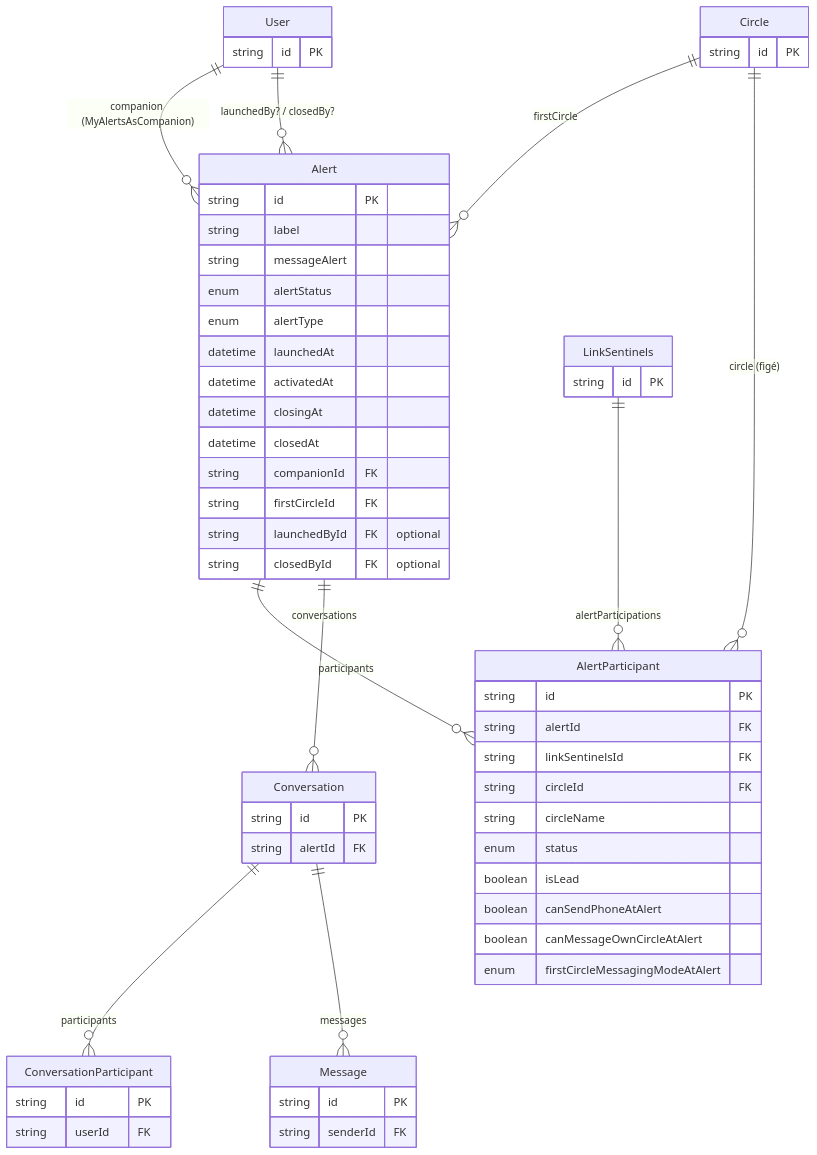
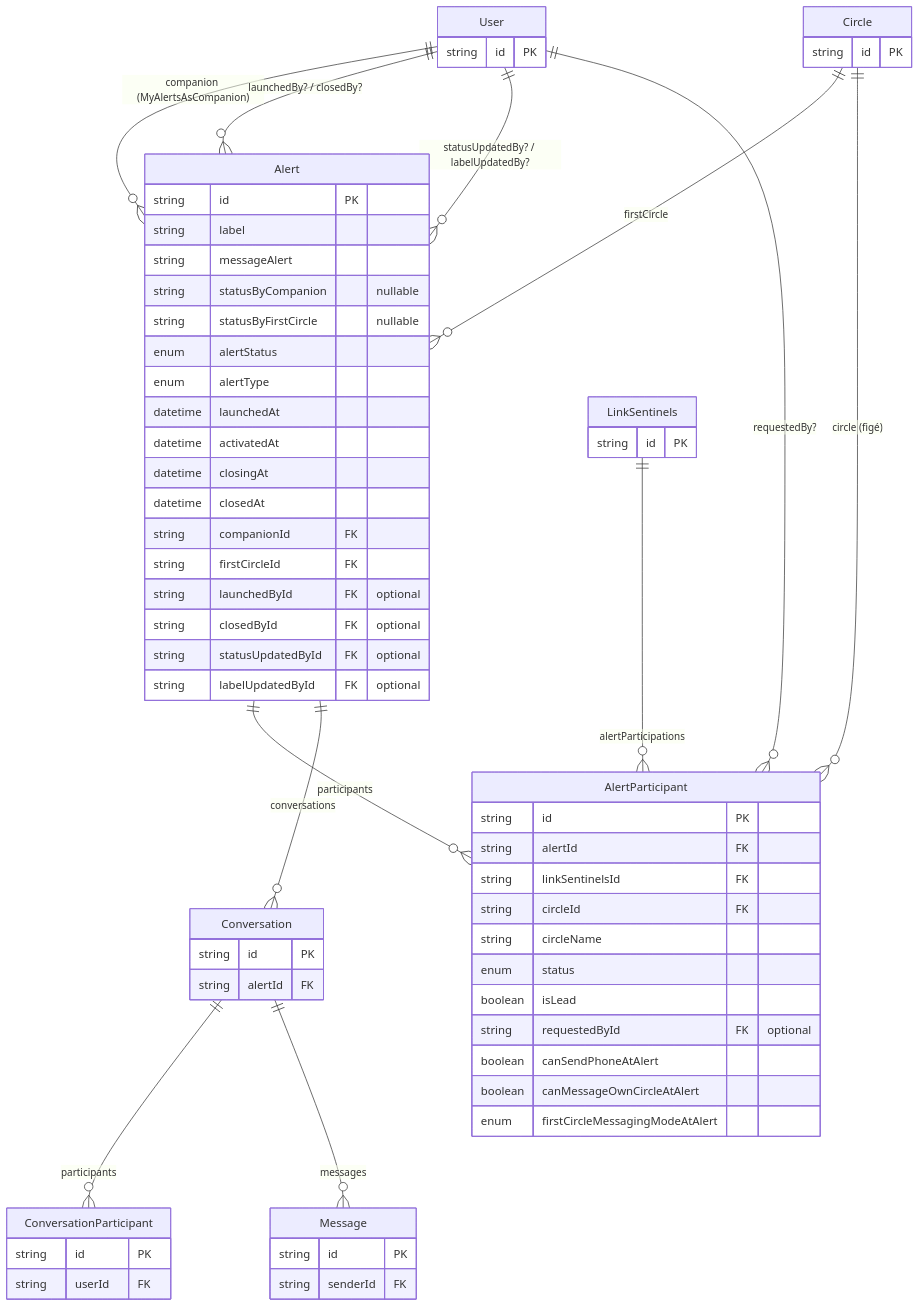
Before and after one commit to Sylvfo/MySentinelCircle: the fifth of 5 diagrams in backend/prisma/DB_schema.md, drawn with Mermaid. The commit also changed other lines of this file and 18 other files, not shown here.

````diff
--- a/backend/prisma/DB_schema.md
+++ b/backend/prisma/DB_schema.md
@@ -305,61 +320,68 @@
 ```mermaid
 erDiagram
   User               ||--o{ Alert              : "companion (MyAlertsAsCompanion)"
   User               ||--o{ Alert              : "launchedBy? / closedBy?"
+  User               ||--o{ Alert              : "statusUpdatedBy? / labelUpdatedBy?"
+  User               ||--o{ AlertParticipant   : "requestedBy?"
   Circle             ||--o{ Alert              : "firstCircle"
   Circle             ||--o{ AlertParticipant   : "circle (figé)"
   Alert              ||--o{ AlertParticipant   : "participants"
   Alert              ||--o{ Conversation       : "conversations"
   LinkSentinels      ||--o{ AlertParticipant   : "alertParticipations"
   Conversation        ||--o{ ConversationParticipant : "participants"
   Conversation        ||--o{ Message           : "messages"
 
   User {
     string id PK
   }
   Circle {
     string id PK
   }
   Alert {
     string id PK
     string label
     string messageAlert
+    string statusByCompanion "nullable"
+    string statusByFirstCircle "nullable"
     enum   alertStatus
     enum   alertType
     datetime launchedAt
     datetime activatedAt
     datetime closingAt
     datetime closedAt
     string companionId FK
     string firstCircleId FK
     string launchedById FK "optional"
     string closedById FK "optional"
+    string statusUpdatedById FK "optional"
+    string labelUpdatedById FK "optional"
   }
   LinkSentinels {
     string id PK
   }
   AlertParticipant {
     string id PK
     string alertId FK
     string linkSentinelsId FK
     string circleId FK
     string circleName
     enum   status
     boolean isLead
+    string requestedById FK "optional"
     boolean canSendPhoneAtAlert
     boolean canMessageOwnCircleAtAlert
     enum   firstCircleMessagingModeAtAlert
   }
   Conversation {
     string id PK
     string alertId FK
   }
   ConversationParticipant {
     string id PK
     string userId FK
   }
   Message {
     string id PK
     string senderId FK
   }
 ```
````
